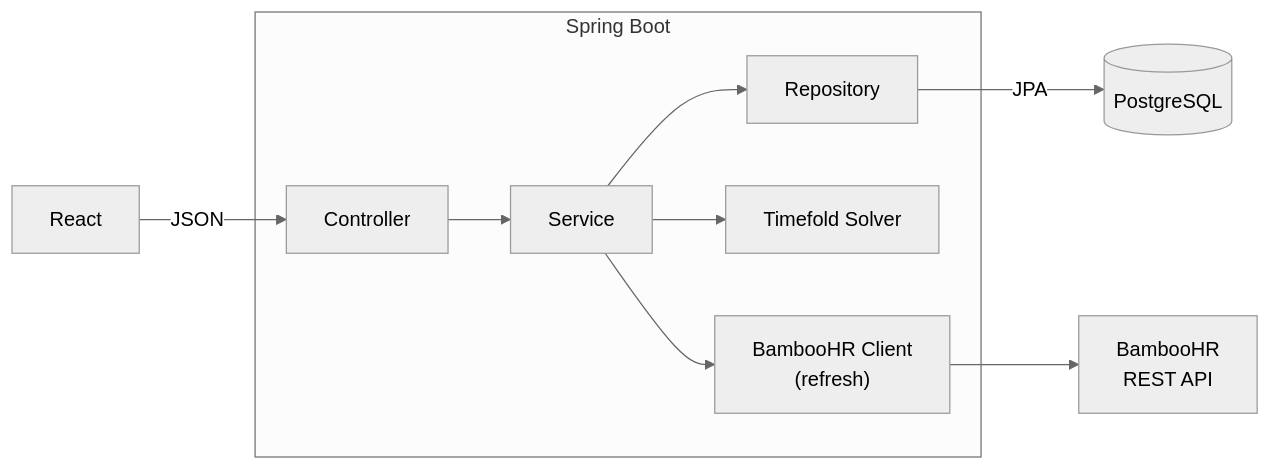
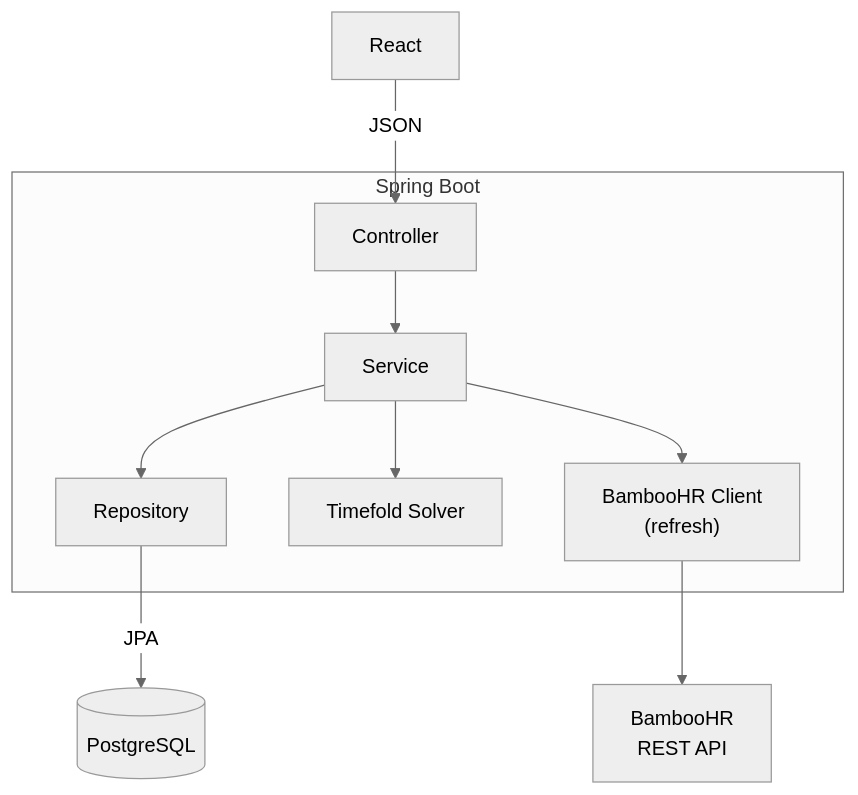
Before and after one commit to petecornwell-code/wfm-service: the first of 2 diagrams in spec.md, drawn with Mermaid (neutral theme).

Commit message:
Change architecture diagram to vertical layout for US letter page fit
Switch from graph LR (left-to-right) to graph TD (top-down) so the
diagram fits within standard page margins when printed.

https://claude.ai/code/session_01YVKZDnc5SydbbUxwt3dshM

````diff
--- a/spec.md
+++ b/spec.md
@@ -32,15 +32,12 @@
 ```mermaid
-graph LR
-    React["React"]
+graph TD
+    React["React"] -- "JSON" --> Controller
     subgraph SpringBoot["Spring Boot"]
-        Controller --> Service --> Repository
+        Controller --> Service
+        Service --> Repository
         Service --> Solver["Timefold Solver"]
         Service --> BambooClient["BambooHR Client\n(refresh)"]
     end
-    PostgreSQL[("PostgreSQL")]
-    BambooHR["BambooHR\nREST API"]
-
-    React -- "JSON" --> Controller
-    Repository -- "JPA" --> PostgreSQL
-    BambooClient --> BambooHR
+    Repository -- "JPA" --> PostgreSQL[("PostgreSQL")]
+    BambooClient --> BambooHR["BambooHR\nREST API"]
 ```
````
